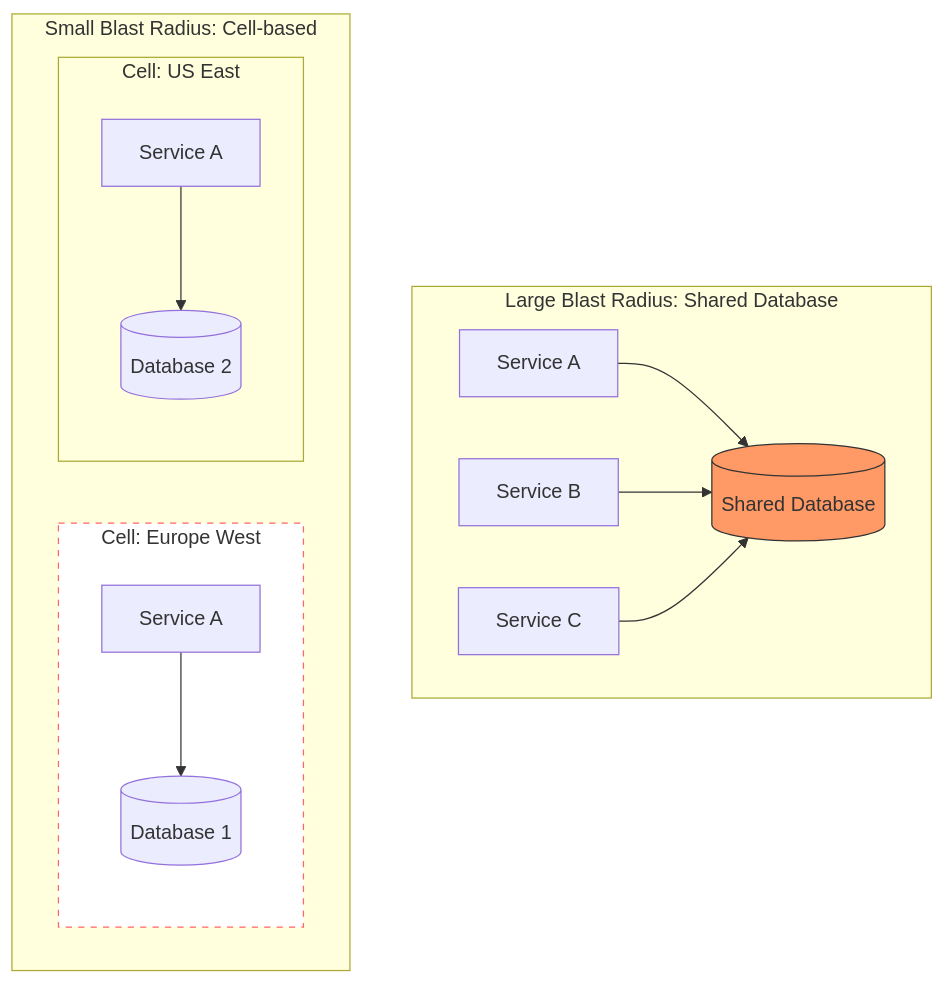
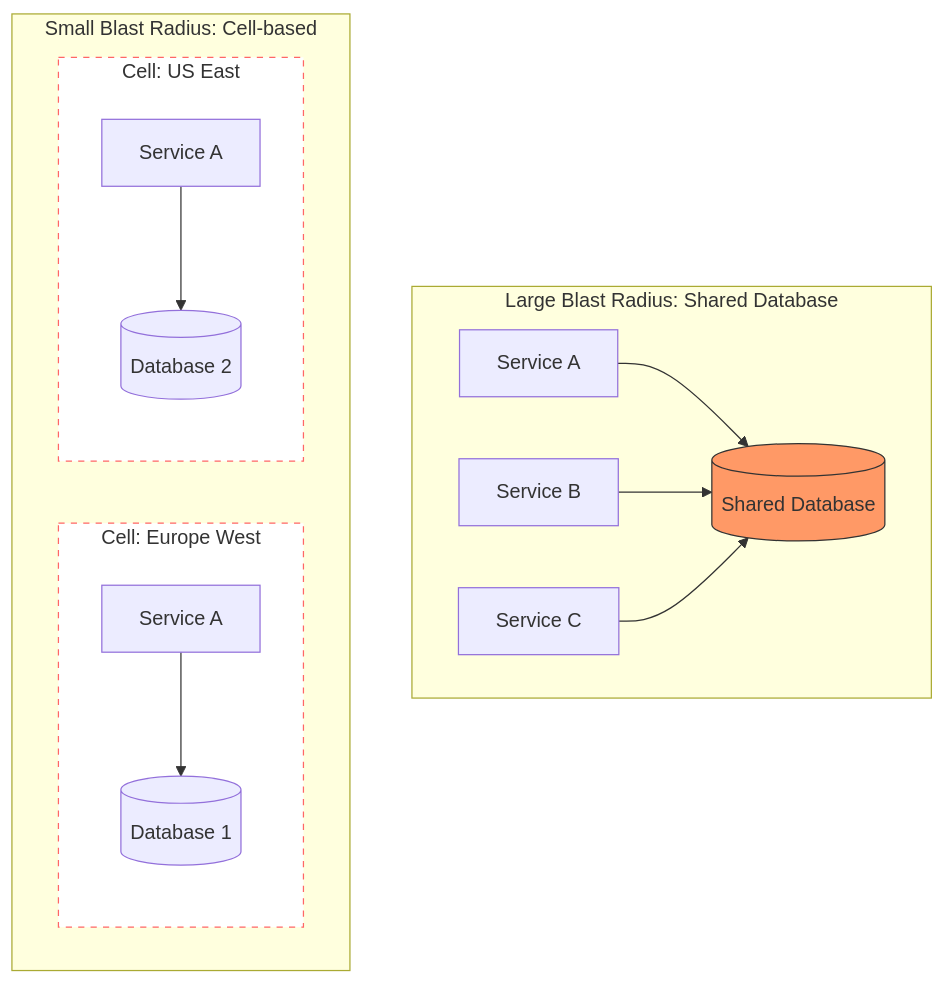
One commit to vaishvanara/techwritingkb changed the diagram in docs/systems-thinking/blast-radius.md. Above: the diagram before and after it, drawn with Mermaid. The commit also changed other lines of this file and 26 other files, not shown here.

````diff
--- a/docs/systems-thinking/blast-radius.md
+++ b/docs/systems-thinking/blast-radius.md
@@ -22,22 +22,23 @@
 ```mermaid
 graph TD
     subgraph Shared_Architecture[Large Blast Radius: Shared Database]
         DB[(Shared Database)]
         S1[Service A] --> DB
         S2[Service B] --> DB
         S3[Service C] --> DB
         style DB fill:#f96,stroke:#333
     end
 
     subgraph Cell_Architecture[Small Blast Radius: Cell-based]
         subgraph Cell_1[Cell: Europe West]
             DB1[(Database 1)]
             S4[Service A] --> DB1
         end
         subgraph Cell_2[Cell: US East]
             DB2[(Database 2)]
             S5[Service A] --> DB2
         end
         style Cell_1 fill:#fff,stroke:#f66,stroke-dasharray: 5 5
+        style Cell_2 fill:#fff,stroke:#f66,stroke-dasharray: 5 5
     end
 ```
````
